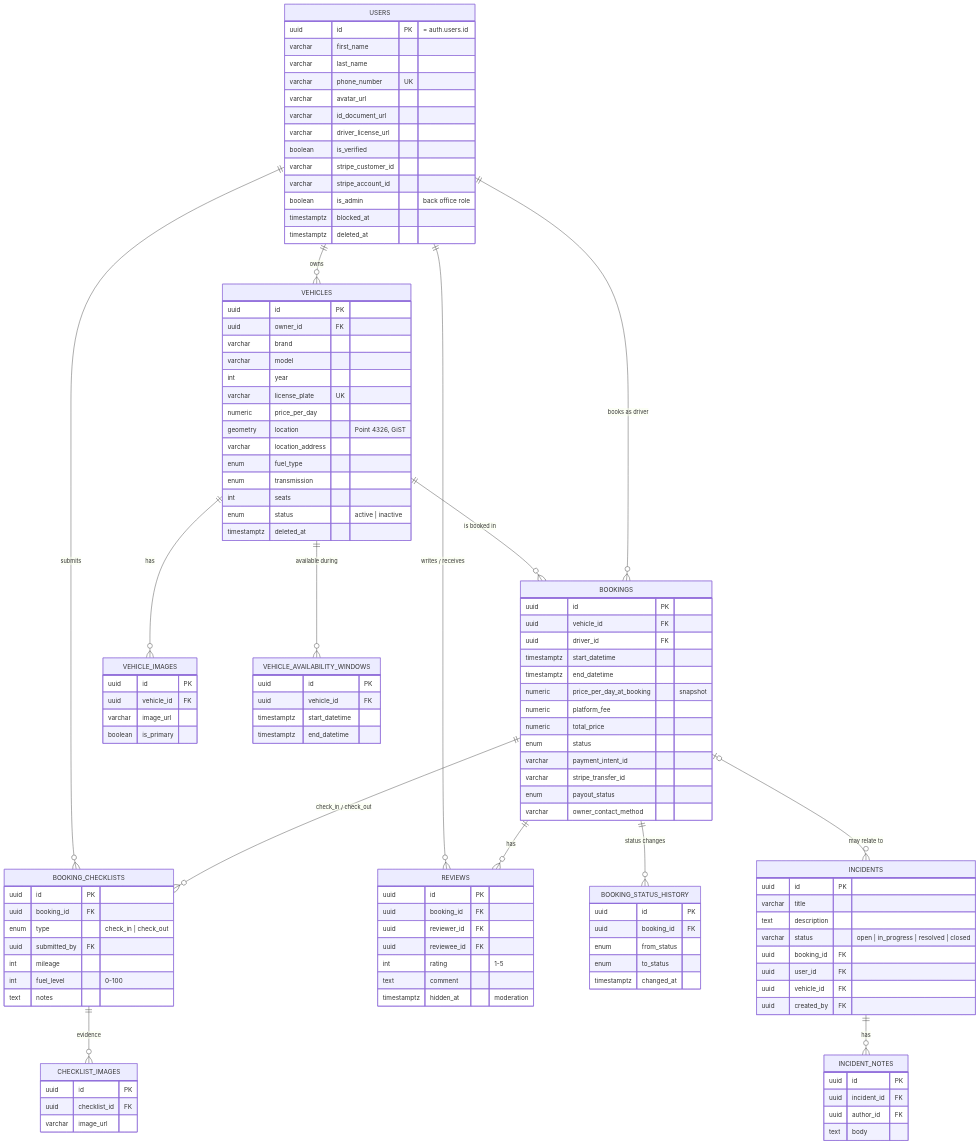
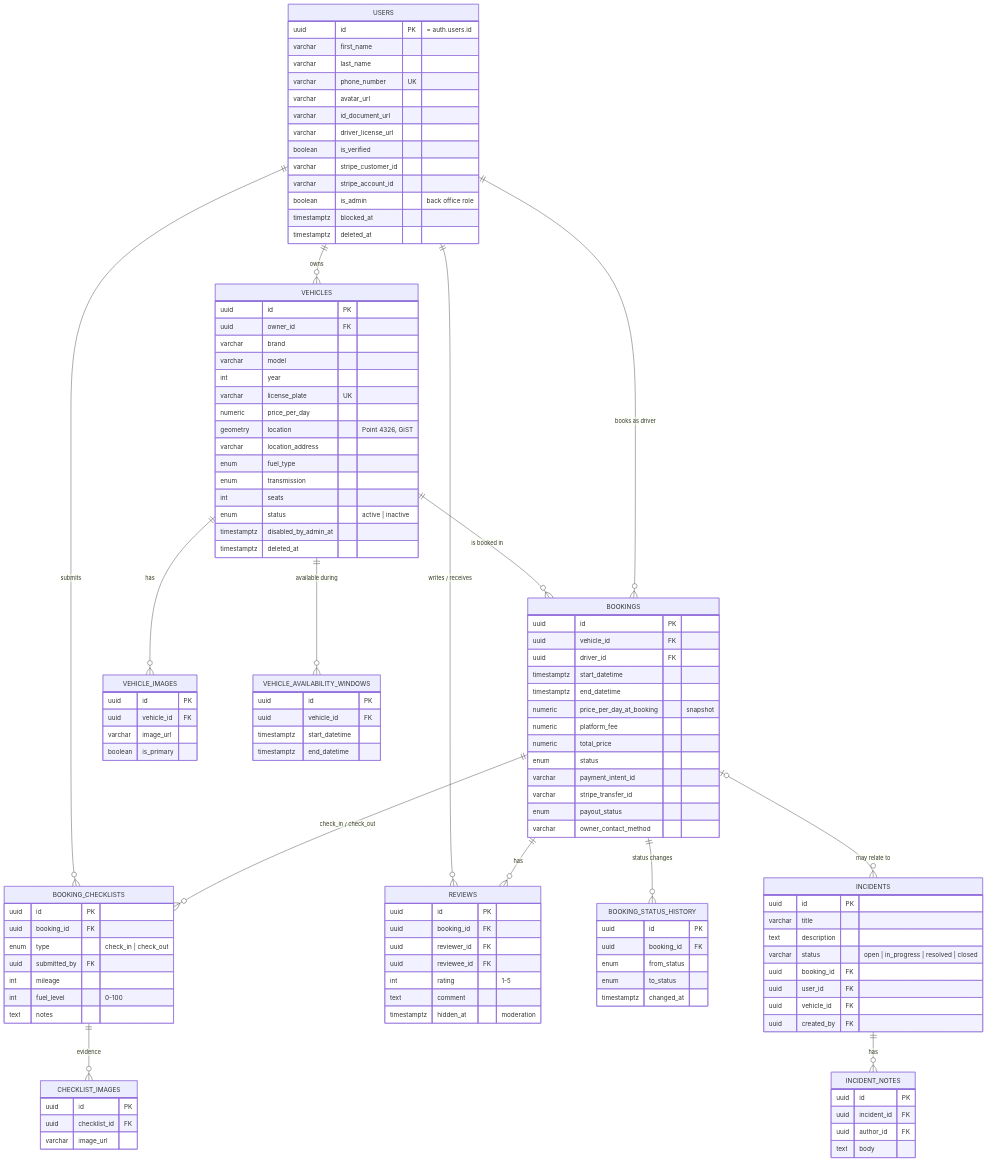
The third of 3 diagrams in README.md (aadl6-ua/lynkdrive), drawn with Mermaid before and after one commit. The commit also changed other lines of this file and 10 other files, not shown here.

```diff
--- a/README.md
+++ b/README.md
@@ -255,6 +255,7 @@
         enum transmission
         int seats
         enum status "active | inactive"
+        timestamptz disabled_by_admin_at
         timestamptz deleted_at
     }
     VEHICLE_IMAGES {
```
